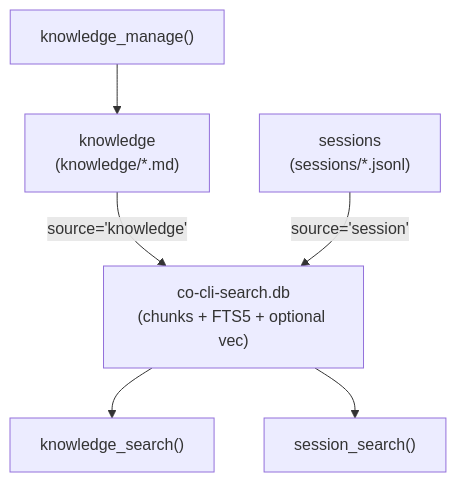
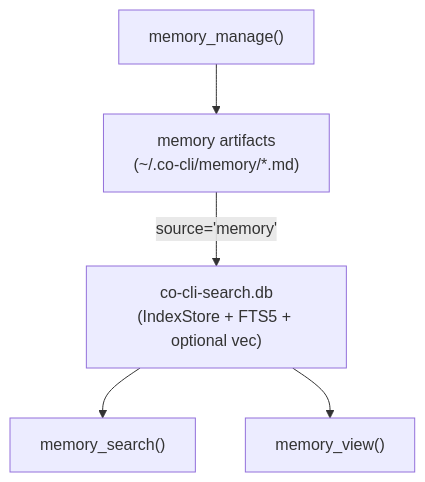
One commit to binlecode/co-cli changed the diagram in docs/specs/memory.md. Above: the diagram before and after it, drawn with Mermaid. The commit also changed other lines of this file and 128 other files, not shown here.

First line of the commit message:
refactor: v0.8.212 — memory module refactor, knowledge→memory, session tier promotion

````diff
--- a/docs/specs/memory.md
+++ b/docs/specs/memory.md
@@ -17,8 +15,7 @@
 ```mermaid
 flowchart TD
-    Knowledge["knowledge\n(knowledge/*.md)"] -->|"source='knowledge'"| SearchDB["co-cli-search.db\n(chunks + FTS5 + optional vec)"]
-    Sessions["sessions\n(sessions/*.jsonl)"] -->|"source='session'"| SearchDB
-    SearchDB --> KnowSearch["knowledge_search()"]
-    SearchDB --> SessSearch["session_search()"]
-    KnowManage["knowledge_manage()"] --> Knowledge
+    MemoryFiles["memory artifacts\n(~/.co-cli/memory/*.md)"] -->|"source='memory'"| IndexDB["co-cli-search.db\n(IndexStore + FTS5 + optional vec)"]
+    IndexDB --> MemSearch["memory_search()"]
+    IndexDB --> MemView["memory_view()"]
+    MemManage["memory_manage()"] --> MemoryFiles
 ```
````
